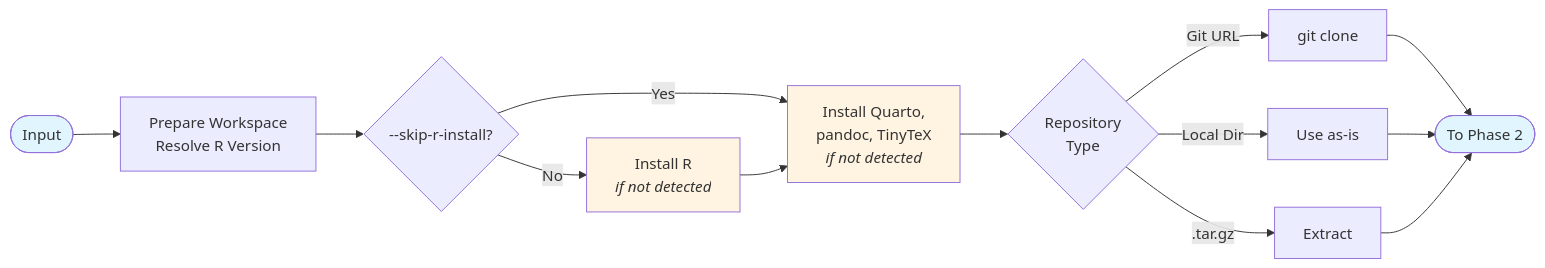
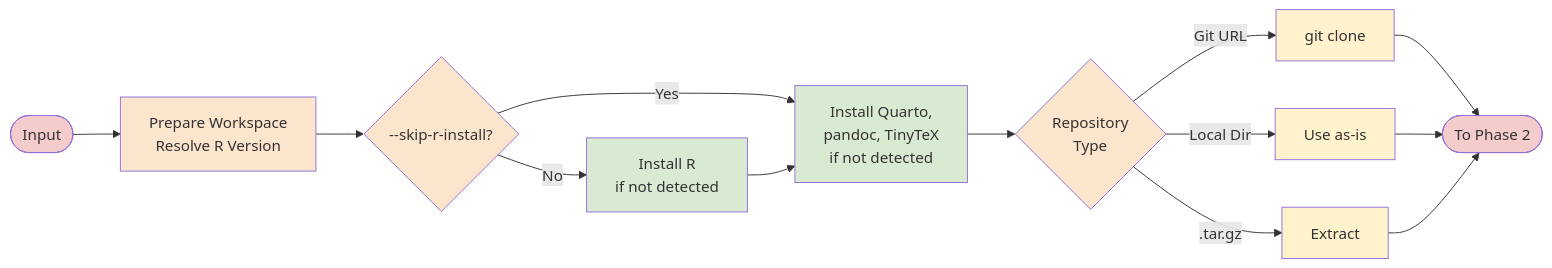
Before and after one commit to nanxstats/revdeprun: the diagram in assets/workflow-phase-1.mermaid, drawn with Mermaid. The commit also changed 3 other files, not shown here.

Commit message:
Improve workflow diagrams with pastel color palette

```diff
--- a/assets/workflow-phase-1.mermaid
+++ b/assets/workflow-phase-1.mermaid
@@ -1,21 +1,27 @@
 flowchart LR
     Start([Input]) --> Setup[Prepare Workspace<br/>Resolve R Version]
     Setup --> CheckR{--skip-r-install?}
 
-    CheckR -->|No| InstallR[Install R<br/><i>if not detected</i>]
+    CheckR -->|No| InstallR[Install R<br/>if not detected]
     CheckR -->|Yes| InstallDocs
-    InstallR --> InstallDocs[Install Quarto,<br/>pandoc, TinyTeX<br/><i>if not detected</i>]
+    InstallR --> InstallDocs[Install Quarto,<br/>pandoc, TinyTeX<br/>if not detected]
     InstallDocs --> PrepRepo{Repository<br/>Type}
 
     PrepRepo -->|Git URL| Clone[git clone]
     PrepRepo -->|Local Dir| UseLocal[Use as-is]
     PrepRepo -->|.tar.gz| Extract[Extract]
 
     Clone --> Next([To Phase 2])
     UseLocal --> Next
     Extract --> Next
 
-    style Start fill:#e1f5ff
-    style Next fill:#e1f5ff
-    style InstallR fill:#fff4e1
-    style InstallDocs fill:#fff4e1
+    style Start fill:#f4cccc
+    style Next fill:#f4cccc
+    style Setup fill:#fce5cd
+    style CheckR fill:#fce5cd
+    style InstallR fill:#d9ead3
+    style InstallDocs fill:#d9ead3
+    style PrepRepo fill:#fce5cd
+    style Clone fill:#fff2cc
+    style UseLocal fill:#fff2cc
+    style Extract fill:#fff2cc
```
